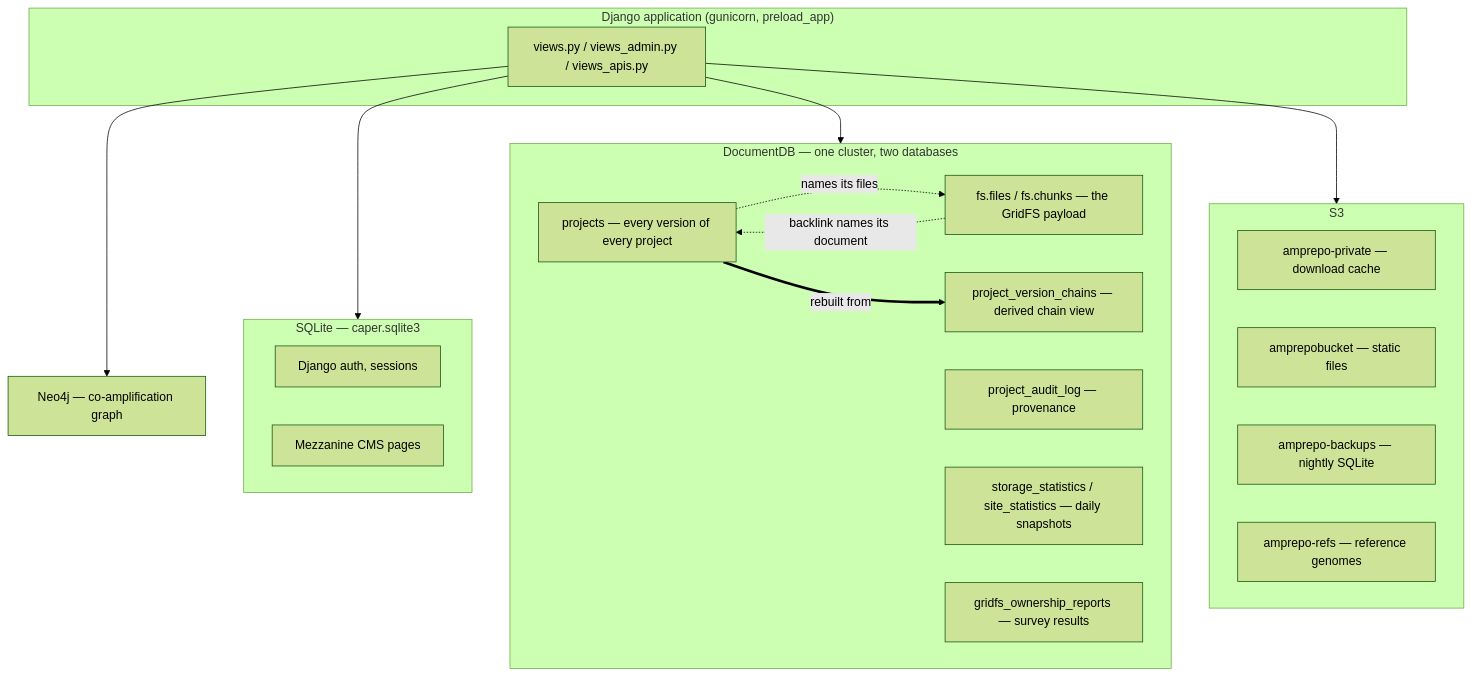
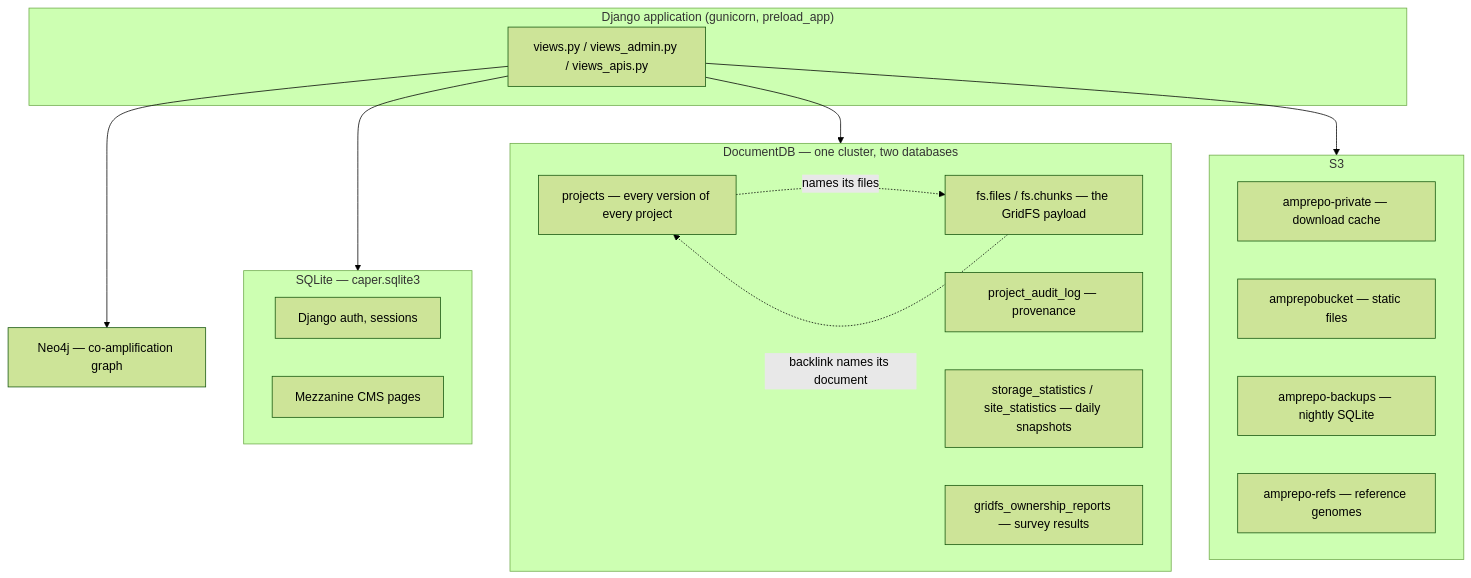
The first of 5 diagrams in docs/backend-architecture.md (AmpliconSuite/AmpliconRepository), drawn with Mermaid (forest theme) before and after one commit. The commit also changed other lines of this file and 8 other files, not shown here.

````diff
--- a/docs/backend-architecture.md
+++ b/docs/backend-architecture.md
@@ -28,38 +28,36 @@
 ```mermaid
 flowchart TD
     subgraph app["Django application (gunicorn, preload_app)"]
         V["views.py / views_admin.py / views_apis.py"]
     end
 
     subgraph auth["SQLite — caper.sqlite3"]
         S1["Django auth, sessions"]
         S2["Mezzanine CMS pages"]
     end
 
     subgraph mongo["DocumentDB — one cluster, two databases"]
         M1["projects — every version of every project"]
         M2["fs.files / fs.chunks — the GridFS payload"]
         M3["project_audit_log — provenance"]
-        M4["project_version_chains — derived chain view"]
         M5["storage_statistics / site_statistics — daily snapshots"]
         M6["gridfs_ownership_reports — survey results"]
     end
 
     subgraph s3["S3"]
         A1["amprepo-private — download cache"]
         A2["amprepobucket — static files"]
         A3["amprepo-backups — nightly SQLite"]
         A4["amprepo-refs — reference genomes"]
     end
 
     N["Neo4j — co-amplification graph"]
 
     V --> auth
     V --> mongo
     V --> s3
     V --> N
 
     M1 -.->|names its files| M2
     M2 -.->|backlink names its document| M1
-    M1 ==>|rebuilt from| M4
 ```
````
